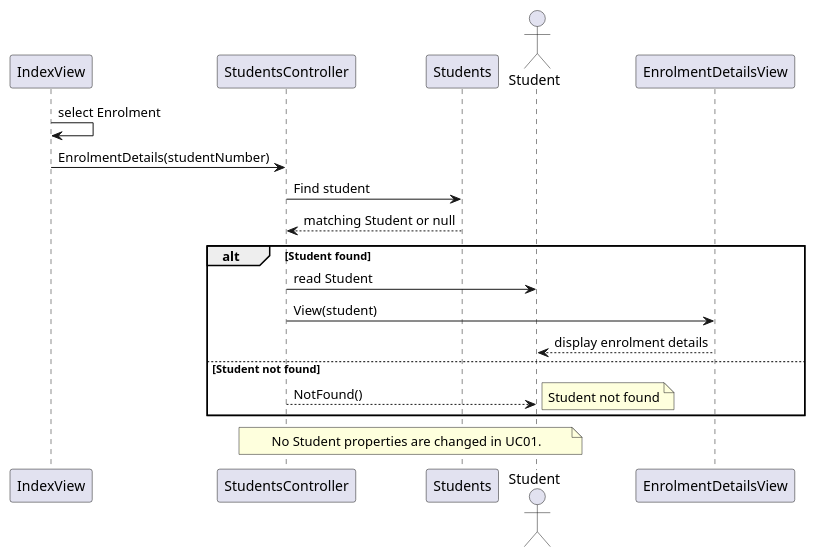
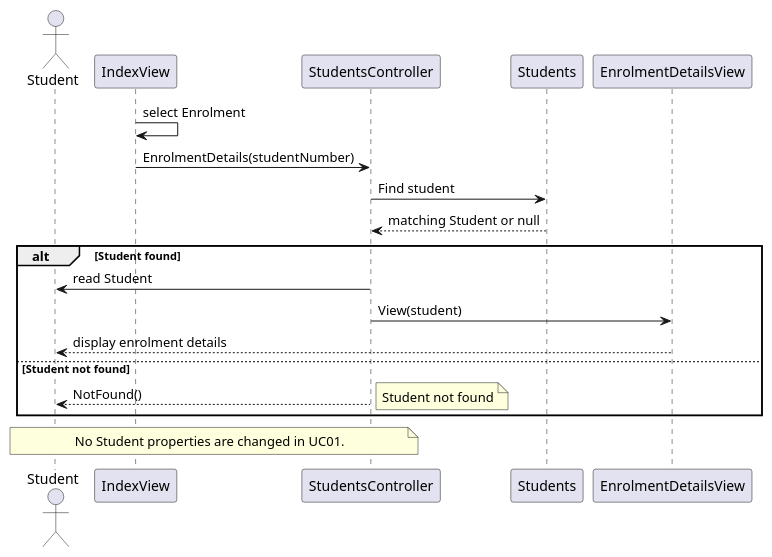
One commit to oknabeelah/Software-Architecture-and-Design changed the diagram in week2-sequence-diagram-UC1.puml. Above: the diagram before and after it, drawn with PlantUML. The commit also changed 1 other file, not shown here.

Commit message:
completed sequence diagram for UC2

```diff
--- a/week2-sequence-diagram-UC1.puml
+++ b/week2-sequence-diagram-UC1.puml
@@ -2,30 +2,29 @@
 @startuml
 
 actor Student
 participant IndexView
 participant StudentsController
 participant Students
-participant Student
 participant EnrolmentDetailsView
 
 IndexView -> IndexView : select Enrolment
 IndexView -> StudentsController : EnrolmentDetails(studentNumber)
 StudentsController -> Students : Find student
 Students --> StudentsController : matching Student or null
 
 alt Student found
     StudentsController -> Student : read Student
     StudentsController -> EnrolmentDetailsView : View(student)
     EnrolmentDetailsView --> Student : display enrolment details
 else Student not found
     StudentsController --> Student : NotFound()
     note right
         Student not found
     end note
 end
 
 note over StudentsController,Student
     No Student properties are changed in UC01.
 end note
 
 @enduml
```
